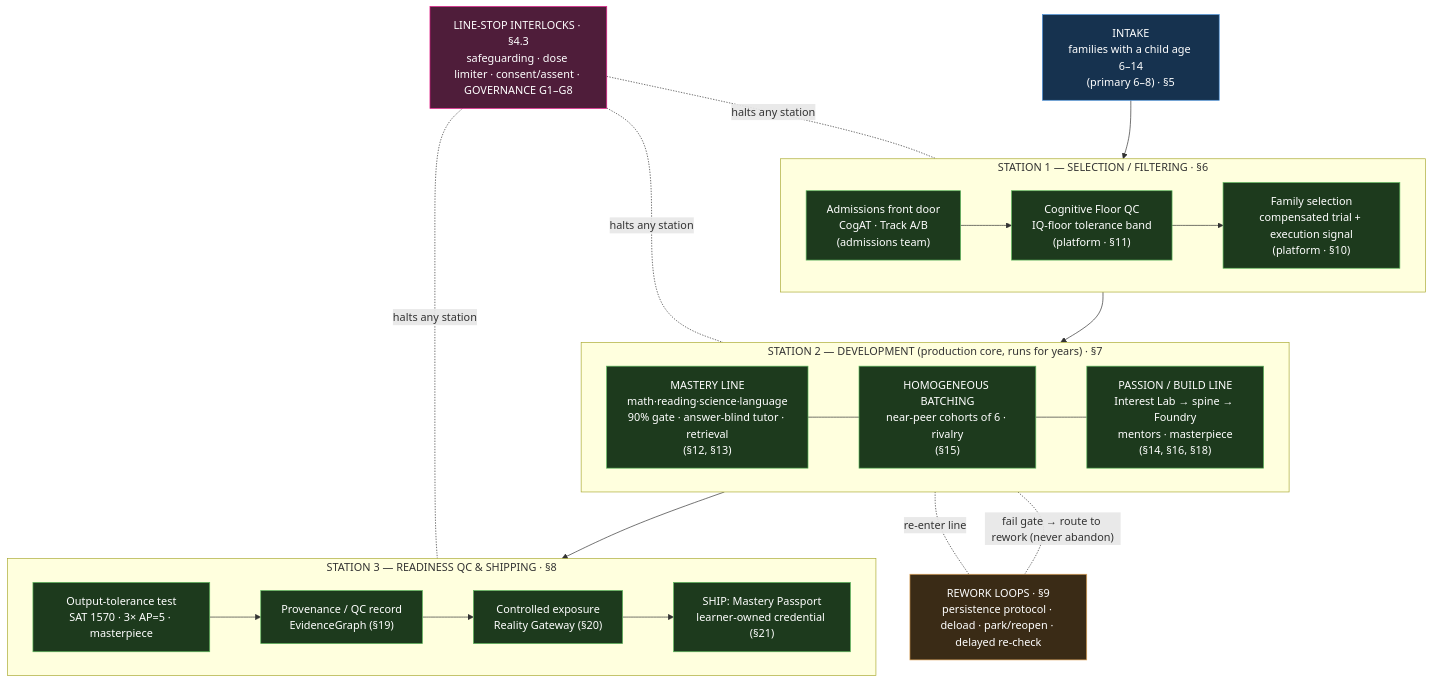
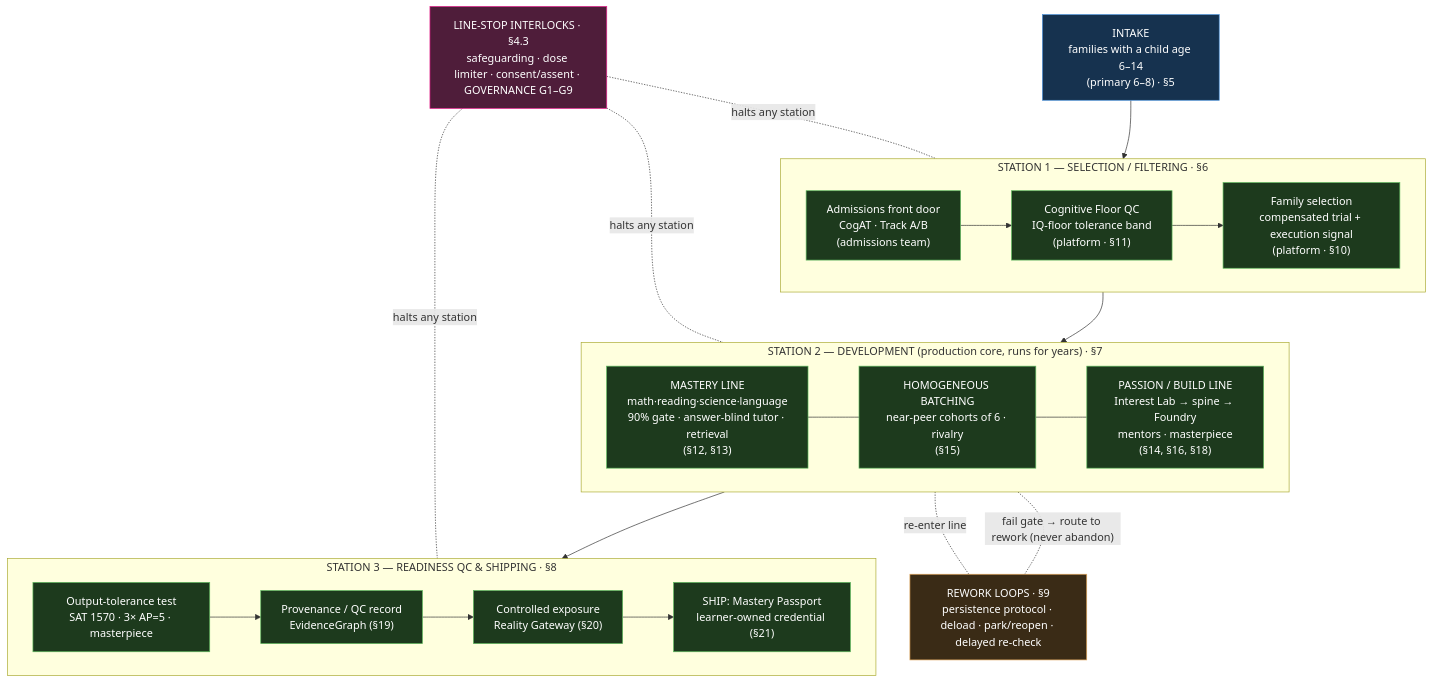
Before and after one commit to spinkicks/gt100k: the diagram in docs/prd/PIPELINE-PRD.md, drawn with Mermaid. The commit also changed other lines of this file and 3 other files, not shown here.

````diff
--- a/docs/prd/PIPELINE-PRD.md
+++ b/docs/prd/PIPELINE-PRD.md
@@ -75,47 +75,47 @@
 ```mermaid
 flowchart TB
     FS["INTAKE<br/>families with a child age 6–14<br/>(primary 6–8) · §5"]
 
     subgraph S1["STATION 1 — SELECTION / FILTERING · §6"]
         A1["Admissions front door<br/>CogAT · Track A/B<br/>(admissions team)"]
         A2["Cognitive Floor QC<br/>IQ-floor tolerance band<br/>(platform · §11)"]
         A3["Family selection<br/>compensated trial + execution signal<br/>(platform · §10)"]
         A1 --> A2 --> A3
     end
 
     subgraph S2["STATION 2 — DEVELOPMENT (production core, runs for years) · §7"]
         direction LR
         L1["MASTERY LINE<br/>math·reading·science·language<br/>90% gate · answer-blind tutor · retrieval<br/>(§12, §13)"]
         L2["PASSION / BUILD LINE<br/>Interest Lab → spine → Foundry<br/>mentors · masterpiece<br/>(§14, §16, §18)"]
         BATCH["HOMOGENEOUS BATCHING<br/>near-peer cohorts of 6 · rivalry<br/>(§15)"]
         L1 --- BATCH --- L2
     end
 
     subgraph S3["STATION 3 — READINESS QC & SHIPPING · §8"]
         Q1["Output-tolerance test<br/>SAT 1570 · 3× AP=5 · masterpiece"]
         Q2["Provenance / QC record<br/>EvidenceGraph (§19)"]
         Q3["Controlled exposure<br/>Reality Gateway (§20)"]
         SHIP["SHIP: Mastery Passport<br/>learner-owned credential (§21)"]
         Q1 --> Q2 --> Q3 --> SHIP
     end
 
     FS --> S1 --> S2 --> S3
 
     REWORK["REWORK LOOPS · §9<br/>persistence protocol · deload · park/reopen · delayed re-check"]
-    STOP["LINE-STOP INTERLOCKS · §4.3<br/>safeguarding · dose limiter · consent/assent · GOVERNANCE G1–G8"]
+    STOP["LINE-STOP INTERLOCKS · §4.3<br/>safeguarding · dose limiter · consent/assent · GOVERNANCE G1–G9"]
 
     S2 -. "fail gate → route to rework (never abandon)" .- REWORK
     REWORK -. "re-enter line" .- S2
     STOP -. "halts any station" .- S1
     STOP -. "halts any station" .- S2
     STOP -. "halts any station" .- S3
 
     classDef stn fill:#1d3a1d,stroke:#5cb85c,color:#fff;
     classDef rew fill:#3a2b16,stroke:#e0a458,color:#fff;
     classDef stop fill:#4f1d3a,stroke:#e91e8c,color:#fff;
     classDef fs fill:#16324f,stroke:#4a90d9,color:#fff;
     class A1,A2,A3,L1,L2,BATCH,Q1,Q2,Q3,SHIP stn;
     class REWORK rew;
     class STOP stop;
     class FS fs;
 ```
````
